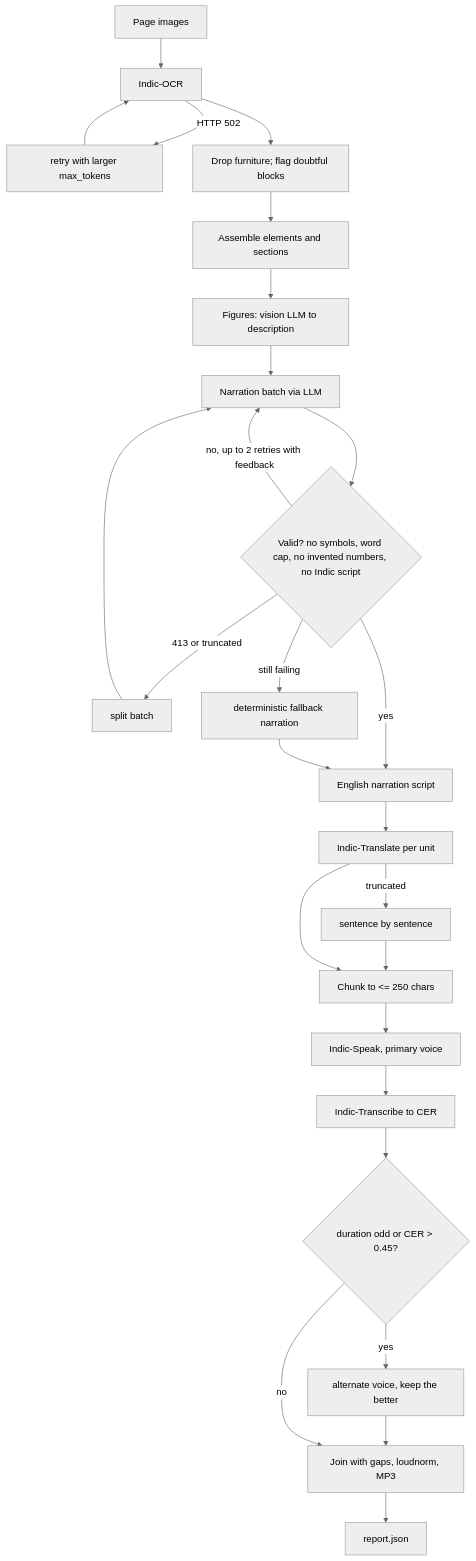
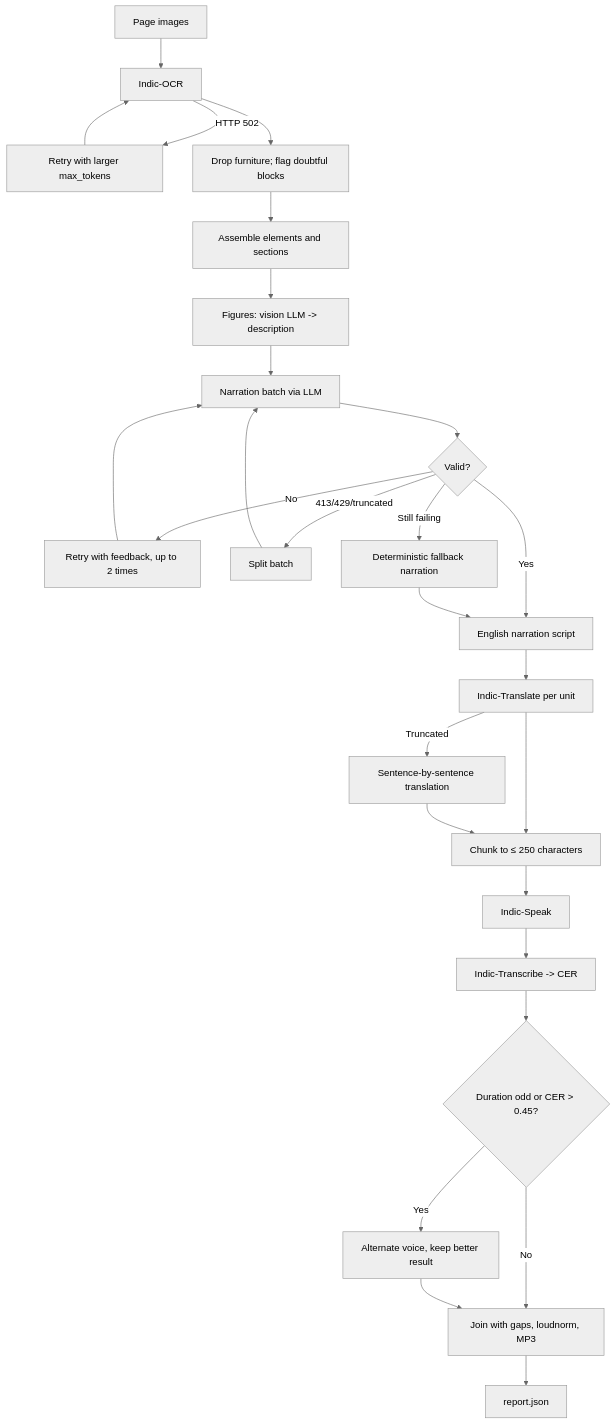
Before and after one commit to SHRIYAASK/bodhan_scannedbook_to_mp3: the second of 2 diagrams in README.md, drawn with Mermaid (neutral theme). The commit also changed other lines of this file, not shown here.

Commit message:
Clean up Markdown table and Mermaid formatting syntax

````diff
--- a/README.md
+++ b/README.md
@@ -75,28 +70,29 @@
 ```mermaid
 flowchart TD
-  A["Page images"] --> B["Indic-OCR"]
-  B -->|"HTTP 502"| B2["retry with larger max_tokens"]
-  B2 --> B
-  B --> C["Drop furniture; flag doubtful blocks"]
-  C --> D["Assemble elements and sections"]
-  D --> E["Figures: vision LLM to description"]
-  E --> F["Narration batch via LLM"]
-  F --> G{"Valid? no symbols, word cap, no invented numbers, no Indic script"}
-  G -->|"no, up to 2 retries with feedback"| F
-  G -->|"413 or truncated"| H["split batch"]
-  H --> F
-  G -->|"still failing"| I["deterministic fallback narration"]
-  G -->|"yes"| J["English narration script"]
-  I --> J
-  J --> K["Indic-Translate per unit"]
-  K -->|"truncated"| K2["sentence by sentence"]
-  K2 --> L
-  K --> L["Chunk to <= 250 chars"]
-  L --> M["Indic-Speak, primary voice"]
-  M --> N["Indic-Transcribe to CER"]
-  N --> O{"duration odd or CER > 0.45?"}
-  O -->|"yes"| P["alternate voice, keep the better"]
-  P --> Q
-  O -->|"no"| Q["Join with gaps, loudnorm, MP3"]
-  Q --> R["report.json"]
+    A[Page images] --> B[Indic-OCR]
+    B -->|HTTP 502| B2[Retry with larger max_tokens]
+    B2 --> B
+    B --> C[Drop furniture; flag doubtful blocks]
+    C --> D[Assemble elements and sections]
+    D --> E[Figures: vision LLM -> description]
+    E --> F[Narration batch via LLM]
+    F --> G{Valid?}
+    G -->|No| H[Retry with feedback, up to 2 times]
+    H --> F
+    G -->|413/429/truncated| I[Split batch]
+    I --> F
+    G -->|Still failing| J[Deterministic fallback narration]
+    G -->|Yes| K[English narration script]
+    J --> K
+    K --> L[Indic-Translate per unit]
+    L -->|Truncated| M[Sentence-by-sentence translation]
+    L --> N[Chunk to ≤ 250 characters]
+    M --> N
+    N --> O[Indic-Speak]
+    O --> P[Indic-Transcribe -> CER]
+    P --> Q{Duration odd or CER > 0.45?}
+    Q -->|Yes| R[Alternate voice, keep better result]
+    Q -->|No| S[Join with gaps, loudnorm, MP3]
+    R --> S
+    S --> T[report.json]
 ```
````
